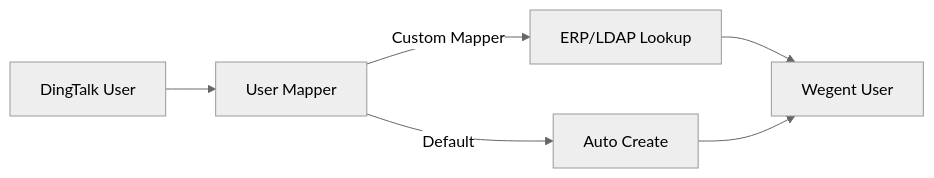
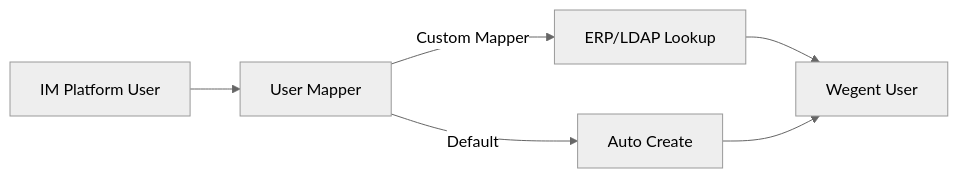
The third of 3 diagrams in docs/en/user-guide/integrations/im-channel-integration.md (wecode-ai/Wegent), drawn with Mermaid (neutral theme) before and after one commit. The commit also changed other lines of this file and 16 other files, not shown here.

````diff
--- a/docs/en/user-guide/integrations/im-channel-integration.md
+++ b/docs/en/user-guide/integrations/im-channel-integration.md
@@ -307,8 +225,8 @@
 ```mermaid
 flowchart LR
-    DT[DingTalk User] --> UM[User Mapper]
+    IM[IM Platform User] --> UM[User Mapper]
     UM --> |Custom Mapper| ERP[ERP/LDAP Lookup]
     UM --> |Default| AC[Auto Create]
     ERP --> WU[Wegent User]
     AC --> WU
 ```
````
